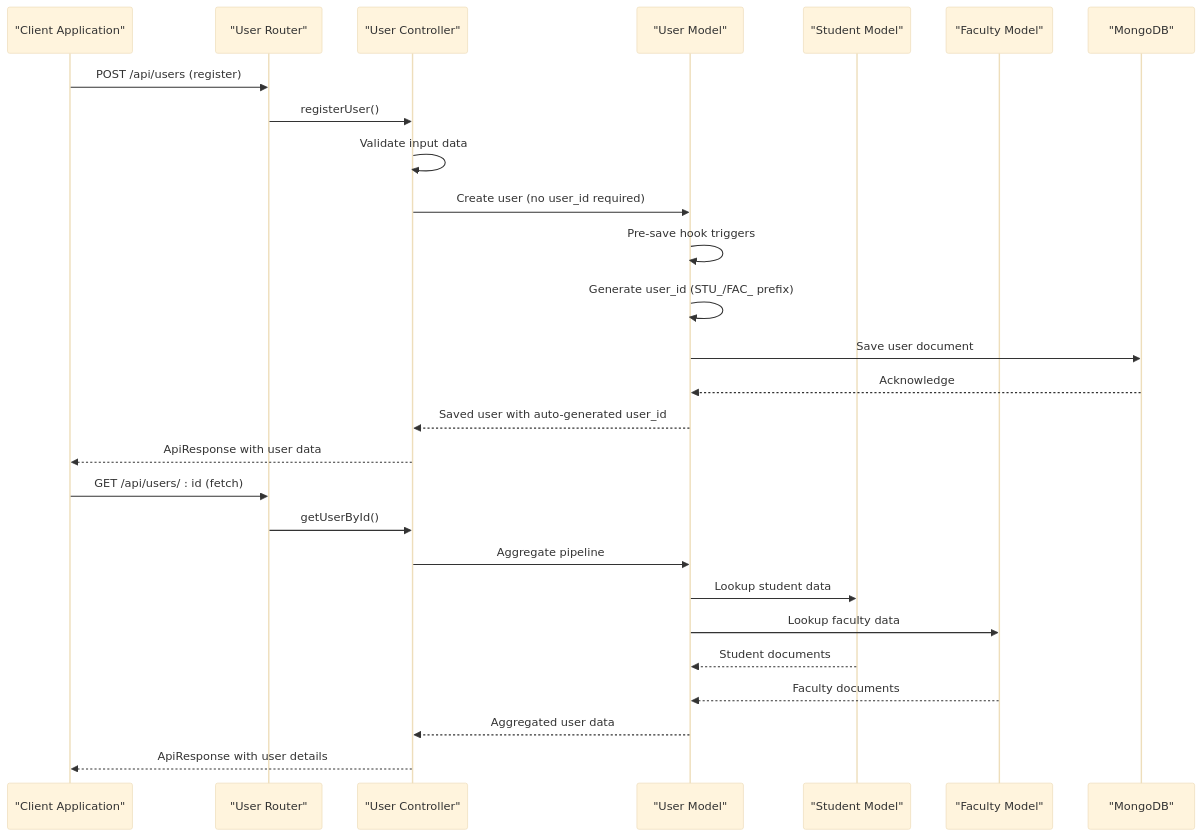
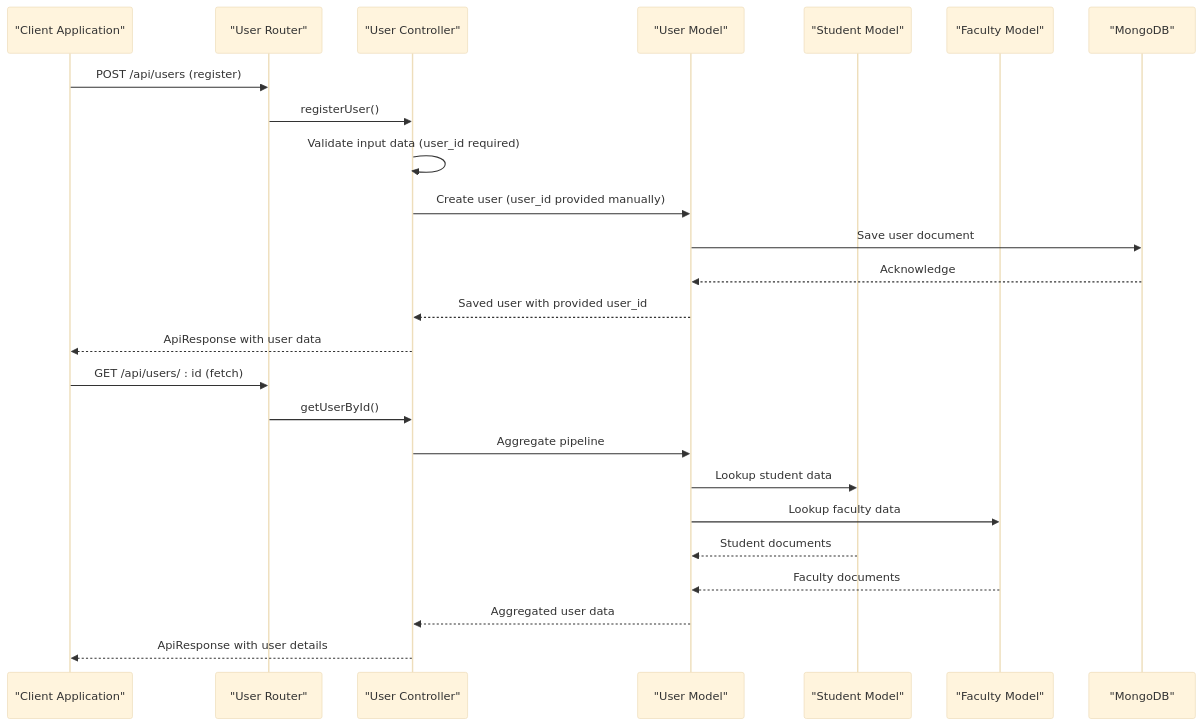
One commit to Aryan9060/Timetable-Project changed the third of 9 diagrams in .qoder/repowiki/en/content/Data Models & Database Schema/Core User Model.md. Above: the diagram before and after it, drawn with Mermaid (base theme). The commit also changed other lines of this file and 8 other files, not shown here.

````diff
--- a/.qoder/repowiki/en/content/Data Models & Database Schema/Core User Model.md
+++ b/.qoder/repowiki/en/content/Data Models & Database Schema/Core User Model.md
@@ -165,29 +172,27 @@
 ```mermaid
 sequenceDiagram
 participant Client as "Client Application"
 participant Router as "User Router"
 participant Controller as "User Controller"
 participant Model as "User Model"
 participant Student as "Student Model"
 participant Faculty as "Faculty Model"
 participant DB as "MongoDB"
 Client->>Router : POST /api/users (register)
 Router->>Controller : registerUser()
-Controller->>Controller : Validate input data
-Controller->>Model : Create user (no user_id required)
-Model->>Model : Pre-save hook triggers
-Model->>Model : Generate user_id (STU_/FAC_ prefix)
+Controller->>Controller : Validate input data (user_id required)
+Controller->>Model : Create user (user_id provided manually)
 Model->>DB : Save user document
 DB-->>Model : Acknowledge
-Model-->>Controller : Saved user with auto-generated user_id
+Model-->>Controller : Saved user with provided user_id
 Controller-->>Client : ApiResponse with user data
 Client->>Router : GET /api/users/ : id (fetch)
 Router->>Controller : getUserById()
 Controller->>Model : Aggregate pipeline
 Model->>Student : Lookup student data
 Model->>Faculty : Lookup faculty data
 Student-->>Model : Student documents
 Faculty-->>Model : Faculty documents
 Model-->>Controller : Aggregated user data
 Controller-->>Client : ApiResponse with user details
 ```
````
